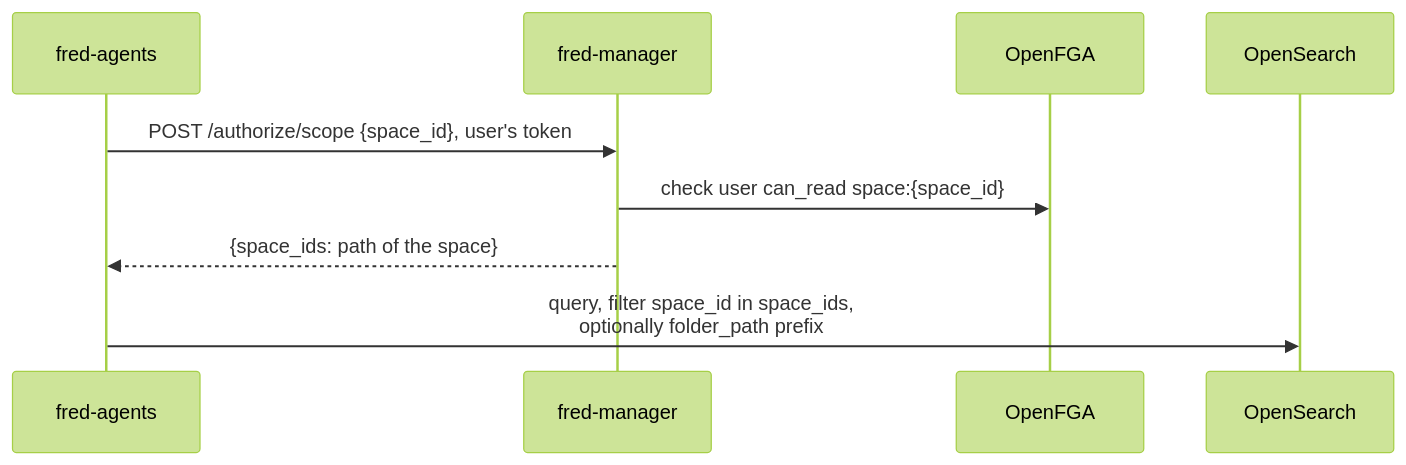
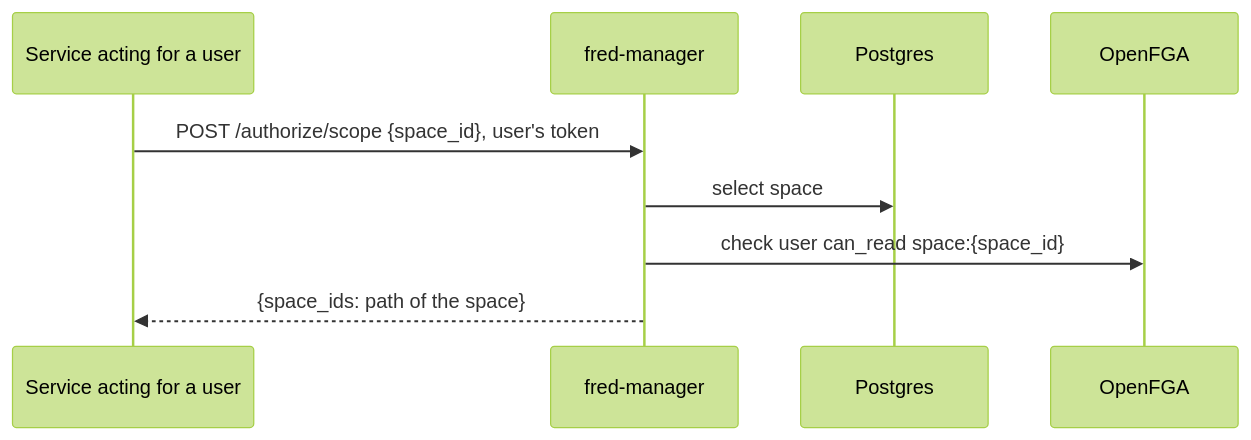
One commit to ThalesGroup/fred changed the second of 6 diagrams in docs/architecture/04-runtime.md. Above: the diagram before and after it, drawn with Mermaid (forest theme). The commit also changed other lines of this file and 12 other files, not shown here.

First line of the commit message:
docs(architecture): describe only what is implemented

````diff
--- a/docs/architecture/04-runtime.md
+++ b/docs/architecture/04-runtime.md
@@ -65,11 +67,11 @@
 ```mermaid
 sequenceDiagram
-    participant A as fred-agents
+    participant S as Service acting for a user
     participant M as fred-manager
+    participant PG as Postgres
     participant FGA as OpenFGA
-    participant OS as OpenSearch
-    A->>M: POST /authorize/scope {space_id}, user's token
+    S->>M: POST /authorize/scope {space_id}, user's token
+    M->>PG: select space
     M->>FGA: check user can_read space:{space_id}
-    M-->>A: {space_ids: path of the space}
-    A->>OS: query, filter space_id in space_ids,<br/>optionally folder_path prefix
+    M-->>S: {space_ids: path of the space}
 ```
````
